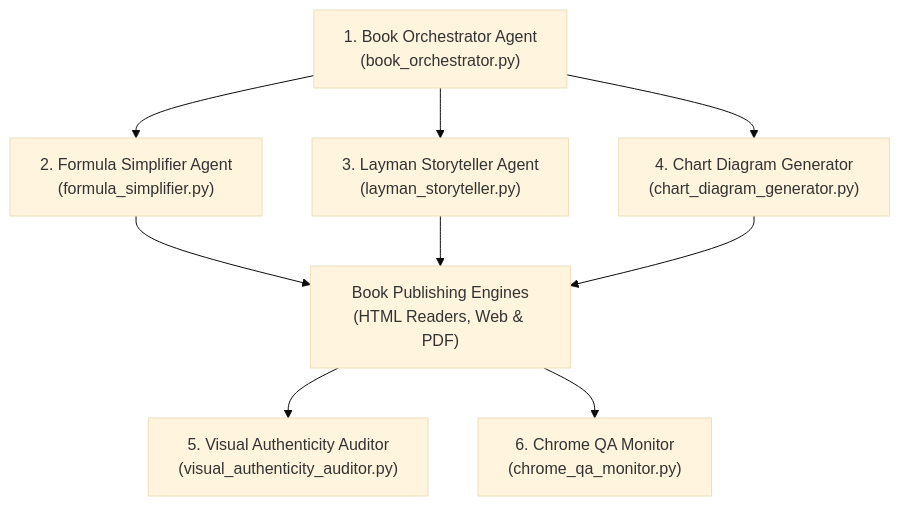
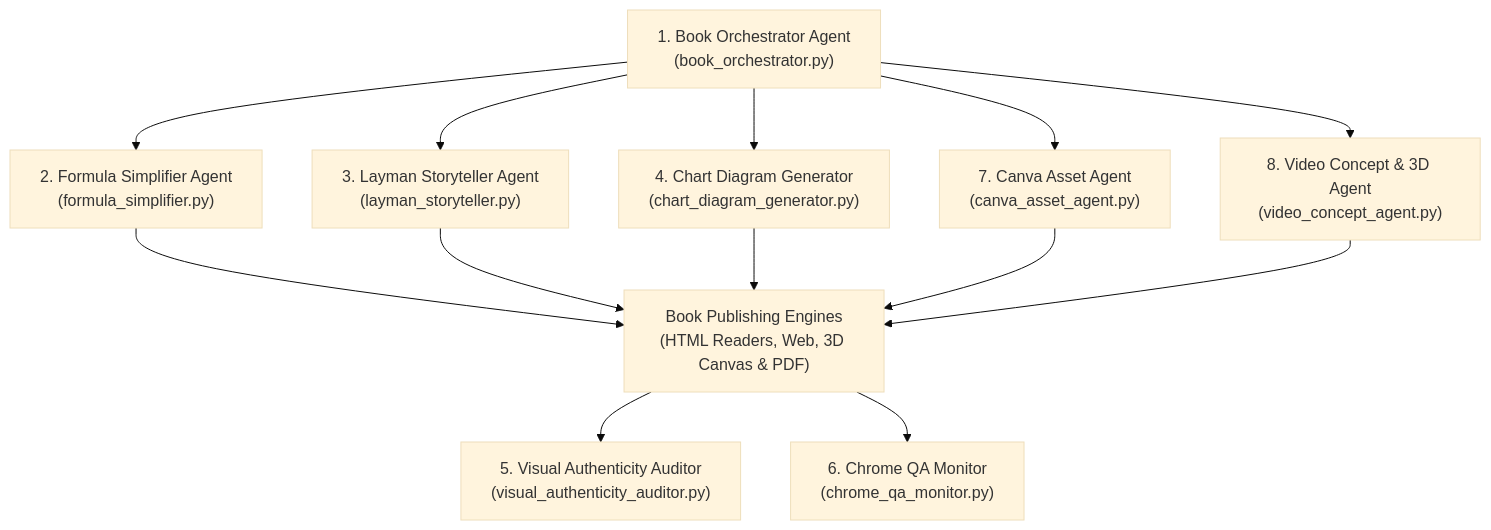
One commit to AshutoshChoubey/TantraGyan changed the diagram in agents/README.md. Above: the diagram before and after it, drawn with Mermaid (base theme). The commit also changed other lines of this file and 7 other files, not shown here.

First line of the commit message:
feat(agents): add CanvaAssetAgent, VideoConceptAgent, and 3D simulation

````diff
--- a/agents/README.md
+++ b/agents/README.md
@@ -10,11 +10,13 @@
 ```mermaid
 flowchart TD
     BO["1. Book Orchestrator Agent<br/>(book_orchestrator.py)"] --> FS["2. Formula Simplifier Agent<br/>(formula_simplifier.py)"]
     BO --> LS["3. Layman Storyteller Agent<br/>(layman_storyteller.py)"]
     BO --> CD["4. Chart Diagram Generator<br/>(chart_diagram_generator.py)"]
+    BO --> CA["7. Canva Asset Agent<br/>(canva_asset_agent.py)"]
+    BO --> VC["8. Video Concept & 3D Agent<br/>(video_concept_agent.py)"]
     
-    FS & LS & CD --> PUB["Book Publishing Engines<br/>(HTML Readers, Web & PDF)"]
+    FS & LS & CD & CA & VC --> PUB["Book Publishing Engines<br/>(HTML Readers, Web, 3D Canvas & PDF)"]
     
     PUB --> VA["5. Visual Authenticity Auditor<br/>(visual_authenticity_auditor.py)"]
     PUB --> QA["6. Chrome QA Monitor<br/>(chrome_qa_monitor.py)"]
 ```
````
